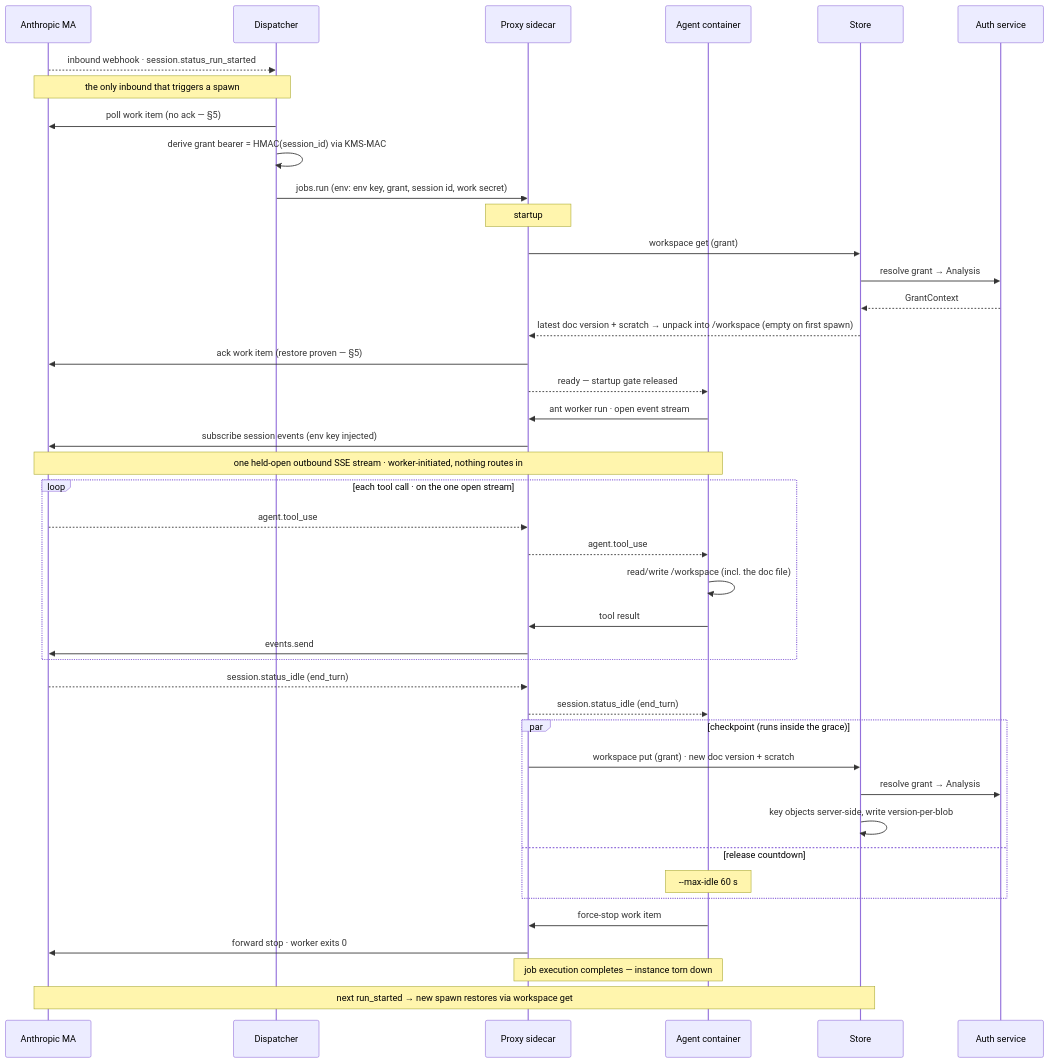
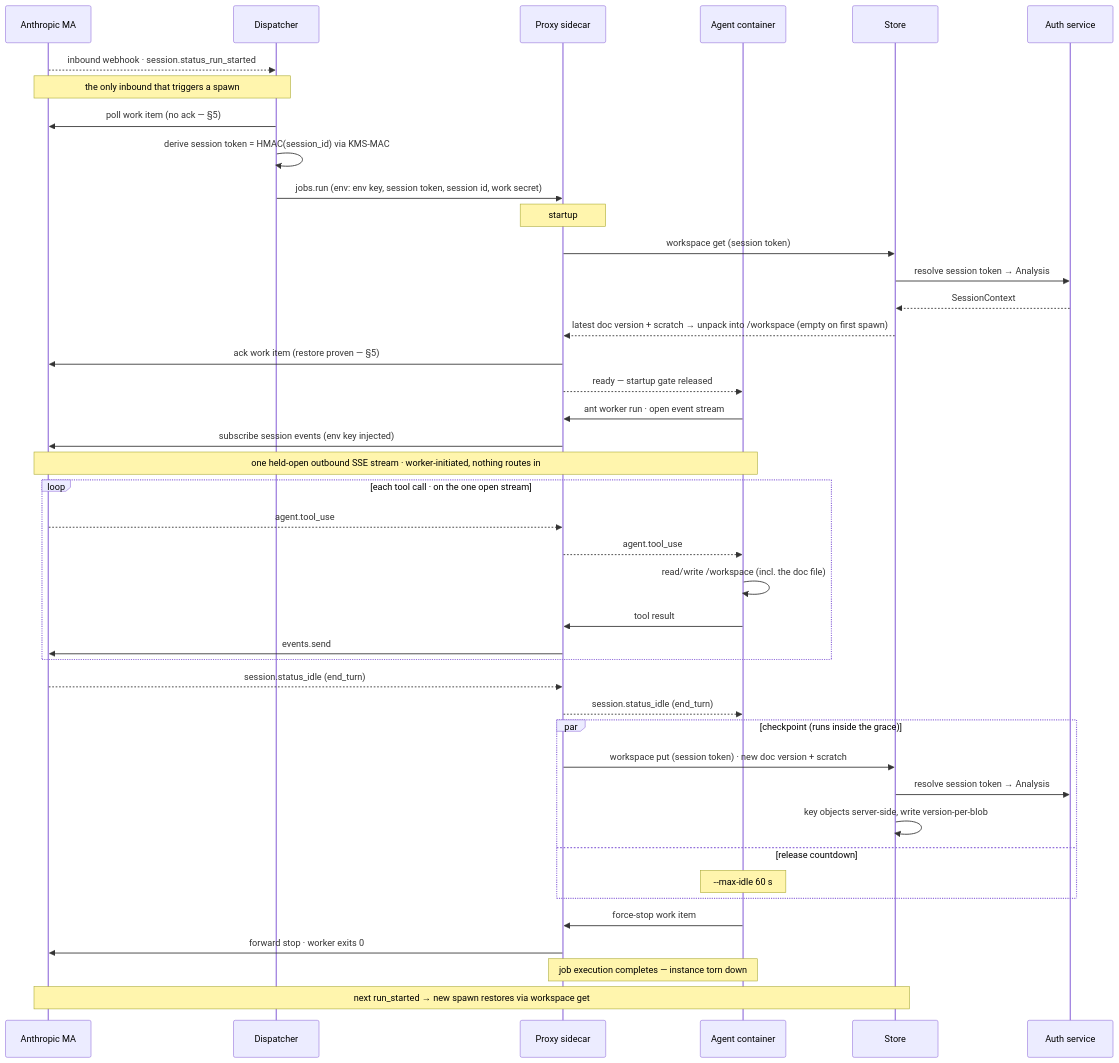
Before and after one commit to populationgenomics/themis: the second of 2 diagrams in docs/plans/self-hosted-sandbox.md, drawn with Mermaid. The commit also changed other lines of this file and 4 other files, not shown here.

````diff
--- a/docs/plans/self-hosted-sandbox.md
+++ b/docs/plans/self-hosted-sandbox.md
@@ -209,45 +209,45 @@
 ```mermaid
 sequenceDiagram
   participant MA as Anthropic MA
   participant Disp as Dispatcher
   participant Proxy as Proxy sidecar
   participant Agent as Agent container
   participant Store as Store
   participant Auth as Auth service
 
   MA-->>Disp: inbound webhook · session.status_run_started
   Note over MA,Disp: the only inbound that triggers a spawn
   Disp->>MA: poll work item (no ack — §5)
-  Disp->>Disp: derive grant bearer = HMAC(session_id) via KMS-MAC
-  Disp->>Proxy: jobs.run (env: env key, grant, session id, work secret)
+  Disp->>Disp: derive session token = HMAC(session_id) via KMS-MAC
+  Disp->>Proxy: jobs.run (env: env key, session token, session id, work secret)
   Note over Proxy: startup
-  Proxy->>Store: workspace get (grant)
-  Store->>Auth: resolve grant → Analysis
-  Auth-->>Store: GrantContext
+  Proxy->>Store: workspace get (session token)
+  Store->>Auth: resolve session token → Analysis
+  Auth-->>Store: SessionContext
   Store-->>Proxy: latest doc version + scratch → unpack into /workspace (empty on first spawn)
   Proxy->>MA: ack work item (restore proven — §5)
   Proxy-->>Agent: ready — startup gate released
   Agent->>Proxy: ant worker run · open event stream
   Proxy->>MA: subscribe session events (env key injected)
   Note over MA,Agent: one held-open outbound SSE stream · worker-initiated, nothing routes in
   loop each tool call · on the one open stream
     MA-->>Proxy: agent.tool_use
     Proxy-->>Agent: agent.tool_use
     Agent->>Agent: read/write /workspace (incl. the doc file)
     Agent->>Proxy: tool result
     Proxy->>MA: events.send
   end
   MA-->>Proxy: session.status_idle (end_turn)
   Proxy-->>Agent: session.status_idle (end_turn)
   par checkpoint (runs inside the grace)
-    Proxy->>Store: workspace put (grant) · new doc version + scratch
-    Store->>Auth: resolve grant → Analysis
+    Proxy->>Store: workspace put (session token) · new doc version + scratch
+    Store->>Auth: resolve session token → Analysis
     Store->>Store: key objects server-side, write version-per-blob
   and release countdown
     Note over Agent: --max-idle 60 s
   end
   Agent->>Proxy: force-stop work item
   Proxy->>MA: forward stop · worker exits 0
   Note over Proxy,Agent: job execution completes — instance torn down
   Note over MA,Store: next run_started → new spawn restores via workspace get
 ```
````
